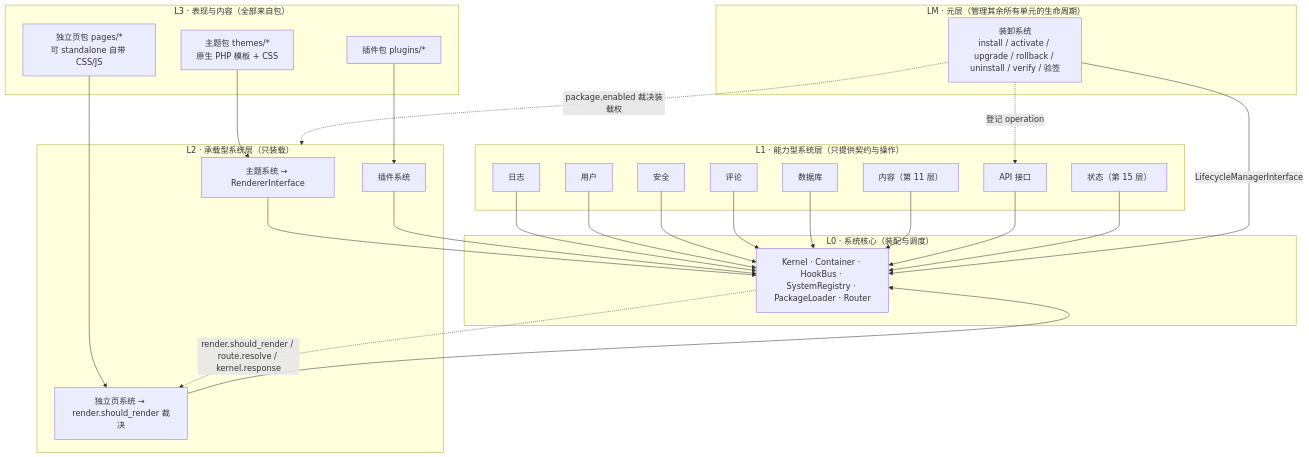
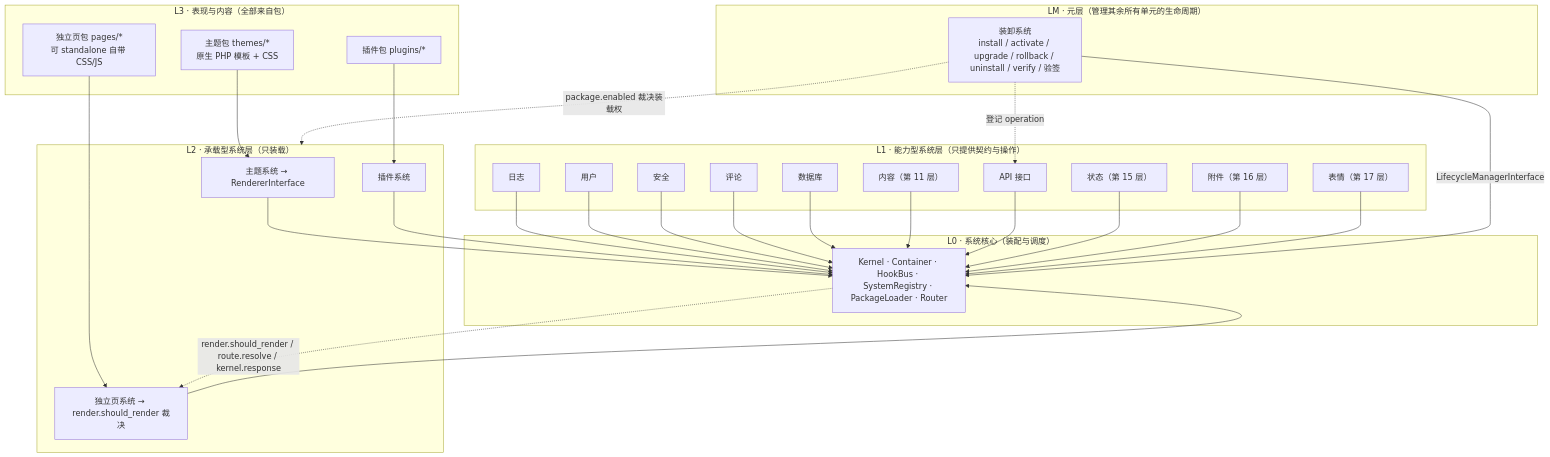
One commit to Lisir2002/Mini_Blog changed the diagram in docs/ARCHITECTURE.md. Above: the diagram before and after it, drawn with Mermaid. The commit also changed other lines of this file and 92 other files, not shown here.

````diff
--- a/docs/ARCHITECTURE.md
+++ b/docs/ARCHITECTURE.md
@@ -74,30 +74,32 @@
 ```mermaid
 flowchart TB
     subgraph L3["L3 · 表现与内容（全部来自包）"]
         T["主题包 themes/*<br/>原生 PHP 模板 + CSS"]
         P["插件包 plugins/*"]
         G["独立页包 pages/*<br/>可 standalone 自带 CSS/JS"]
     end
     subgraph L2["L2 · 承载型系统层（只装载）"]
         TS["主题系统 → RendererInterface"]
         PS["插件系统"]
         GS["独立页系统 → render.should_render 裁决"]
     end
     subgraph L1["L1 · 能力型系统层（只提供契约与操作）"]
         LOG["日志"]; USR["用户"]; SEC["安全"]; CMT["评论"]; DB["数据库"]
         CNT["内容（第 11 层）"]; API["API 接口"]; ST["状态（第 15 层）"]
+        ATT["附件（第 16 层）"]; EMJ["表情（第 17 层）"]
     end
     subgraph LM["LM · 元层（管理其余所有单元的生命周期）"]
         LC["装卸系统<br/>install / activate / upgrade / rollback / uninstall / verify / 验签"]
     end
     subgraph L0["L0 · 系统核心（装配与调度）"]
         K["Kernel · Container · HookBus · SystemRegistry · PackageLoader · Router"]
     end
     T --> TS; P --> PS; G --> GS
     TS --> K; PS --> K; GS --> K
     LOG --> K; USR --> K; SEC --> K; CMT --> K; DB --> K; CNT --> K; API --> K; ST --> K
+    ATT --> K; EMJ --> K
     LC -->|LifecycleManagerInterface| K
     LC -.->|"package.enabled 裁决装载权"| L2
     LC -.->|"登记 operation"| API
     K -.->|"render.should_render / route.resolve / kernel.response"| GS
 ```
````
